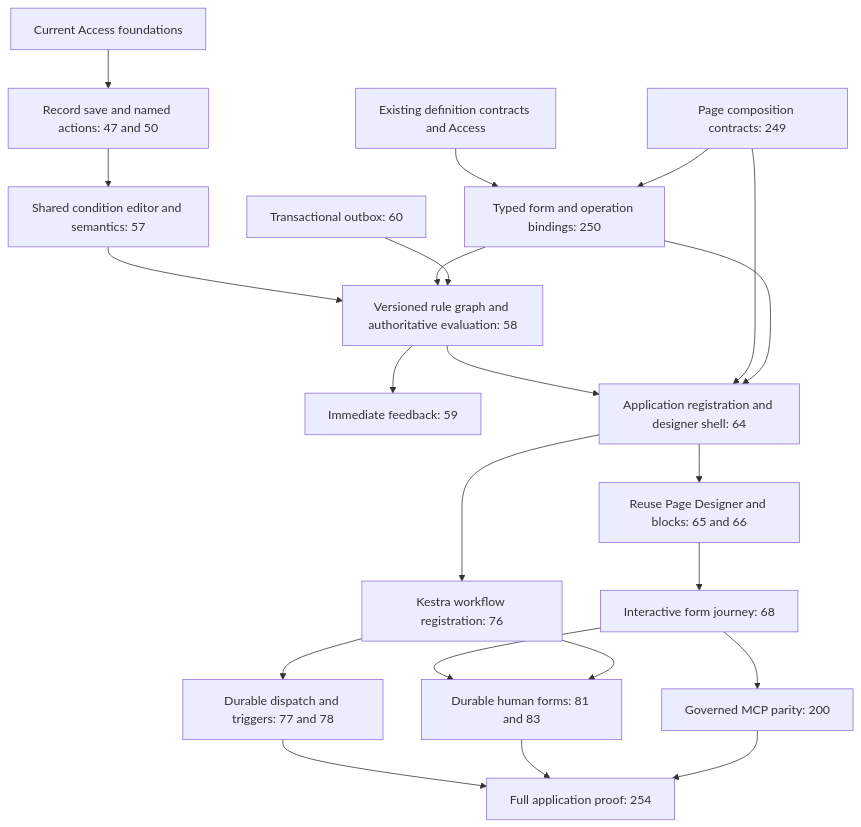
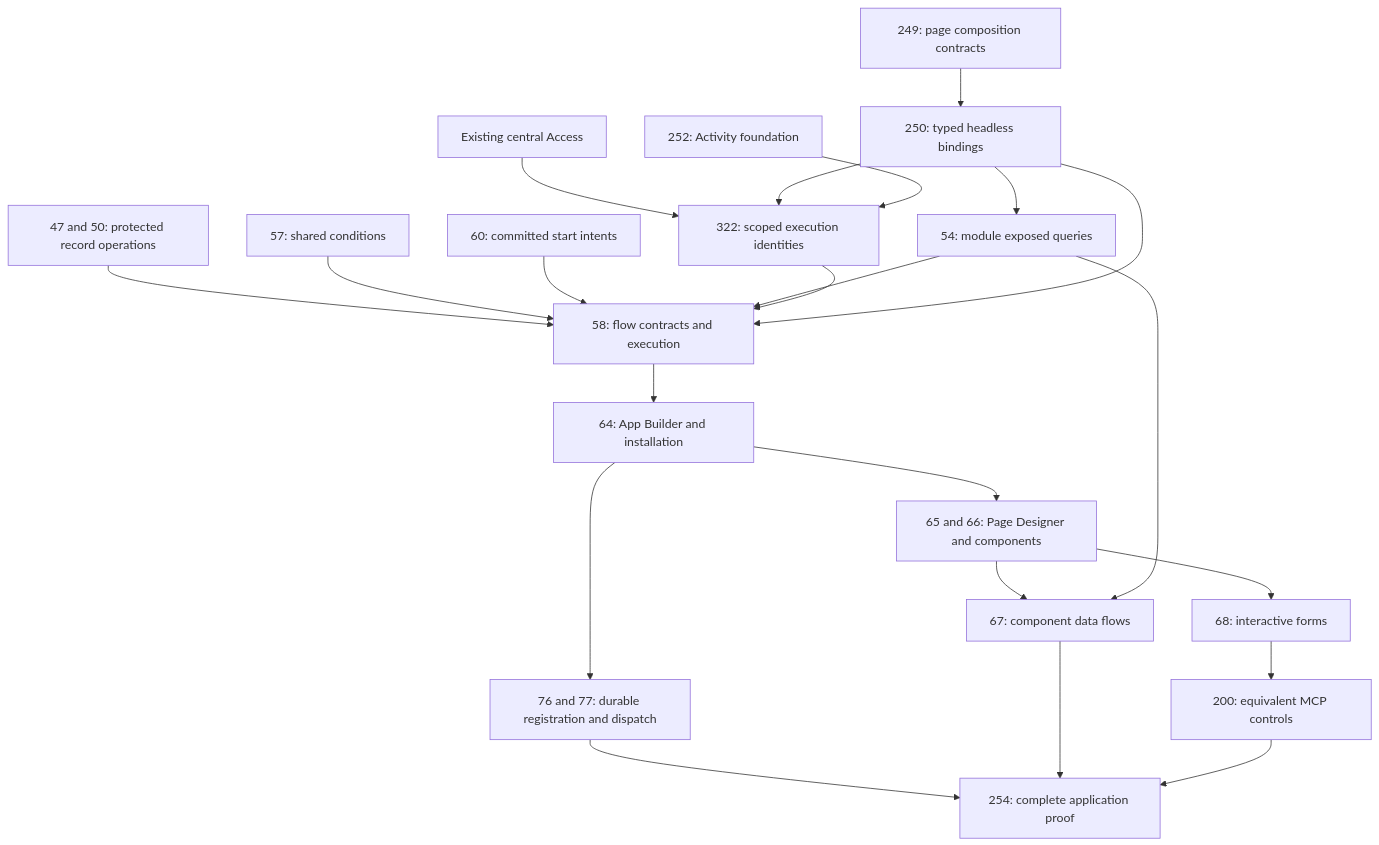
One commit to Abzum-NZ/Abzum-Vortex changed the diagram in docs/build-plan/frontend-rule-designer.md. Above: the diagram before and after it, drawn with Mermaid. The commit also changed other lines of this file and 25 other files, not shown here.

Commit message:
docs: reconcile configurable flows and review platform architecture

````diff
--- a/docs/build-plan/frontend-rule-designer.md
+++ b/docs/build-plan/frontend-rule-designer.md
@@ -13,24 +19,24 @@
 ```mermaid
 flowchart TD
-    ACCESS[Current Access foundations] --> RECORD[Record save and named actions: 47 and 50]
-    BASE[Existing definition contracts and Access] --> BIND[Typed form and operation bindings: 250]
-    PAGECON[Page composition contracts: 249] --> BIND
-    RECORD --> CONDITION[Shared condition editor and semantics: 57]
-    CONDITION --> RULE[Versioned rule graph and authoritative evaluation: 58]
-    BIND --> RULE
-    OUTBOX[Transactional outbox: 60] --> RULE
-    RULE --> FEEDBACK[Immediate feedback: 59]
-    RULE --> APP[Application registration and designer shell: 64]
-    PAGECON --> APP
-    BIND --> APP
-    APP --> PAGE[Reuse Page Designer and blocks: 65 and 66]
-    PAGE --> FORM[Interactive form journey: 68]
-    APP --> K[Kestra workflow registration: 76]
-    K --> HANDOFF[Durable dispatch and triggers: 77 and 78]
-    FORM --> HUMAN[Durable human forms: 81 and 83]
-    K --> HUMAN
-    FORM --> MCP[Governed MCP parity: 200]
-    HANDOFF --> ACCEPT[Full application proof: 254]
-    HUMAN --> ACCEPT
-    MCP --> ACCEPT
+    ACCESS[Existing central Access] --> ID[322: scoped execution identities]
+    COMPOSE[249: page composition contracts] --> BIND[250: typed headless bindings]
+    BIND --> ID
+    BIND --> QUERY[54: module exposed queries]
+    ACTIVITY[252: Activity foundation] --> ID
+    RECORD[47 and 50: protected record operations] --> FLOW[58: flow contracts and execution]
+    COND[57: shared conditions] --> FLOW
+    OUTBOX[60: committed start intents] --> FLOW
+    QUERY --> FLOW
+    ID --> FLOW
+    BIND --> FLOW
+    FLOW --> APP[64: App Builder and installation]
+    APP --> PAGE[65 and 66: Page Designer and components]
+    PAGE --> DATA[67: component data flows]
+    QUERY --> DATA
+    PAGE --> FORM[68: interactive forms]
+    APP --> DURABLE[76 and 77: durable registration and dispatch]
+    FORM --> MCP[200: equivalent MCP controls]
+    DURABLE --> PROOF[254: complete application proof]
+    DATA --> PROOF
+    MCP --> PROOF
 ```
````
